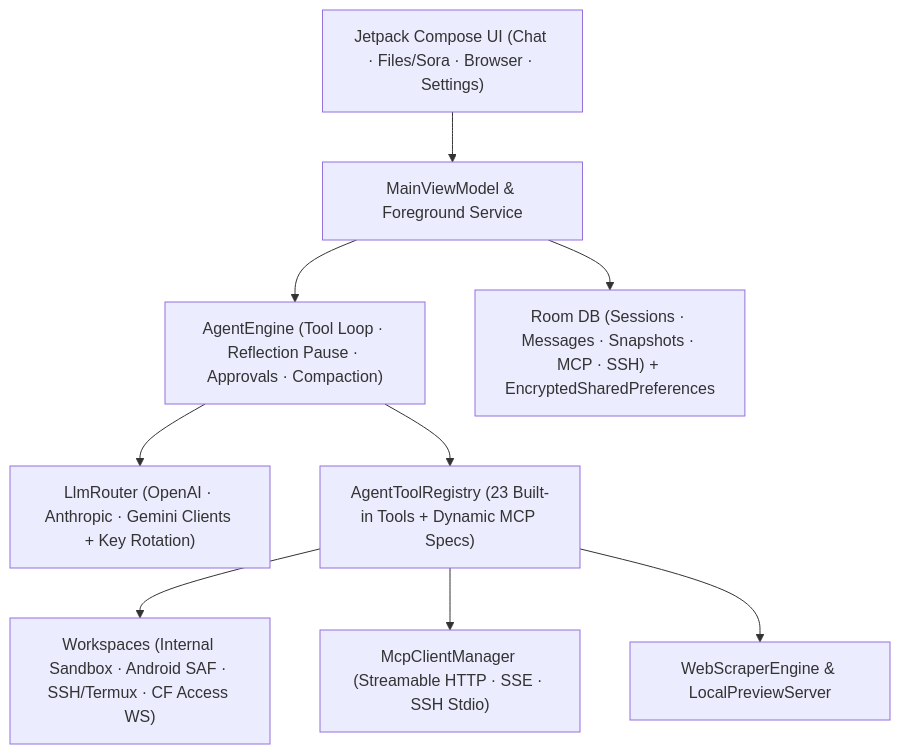
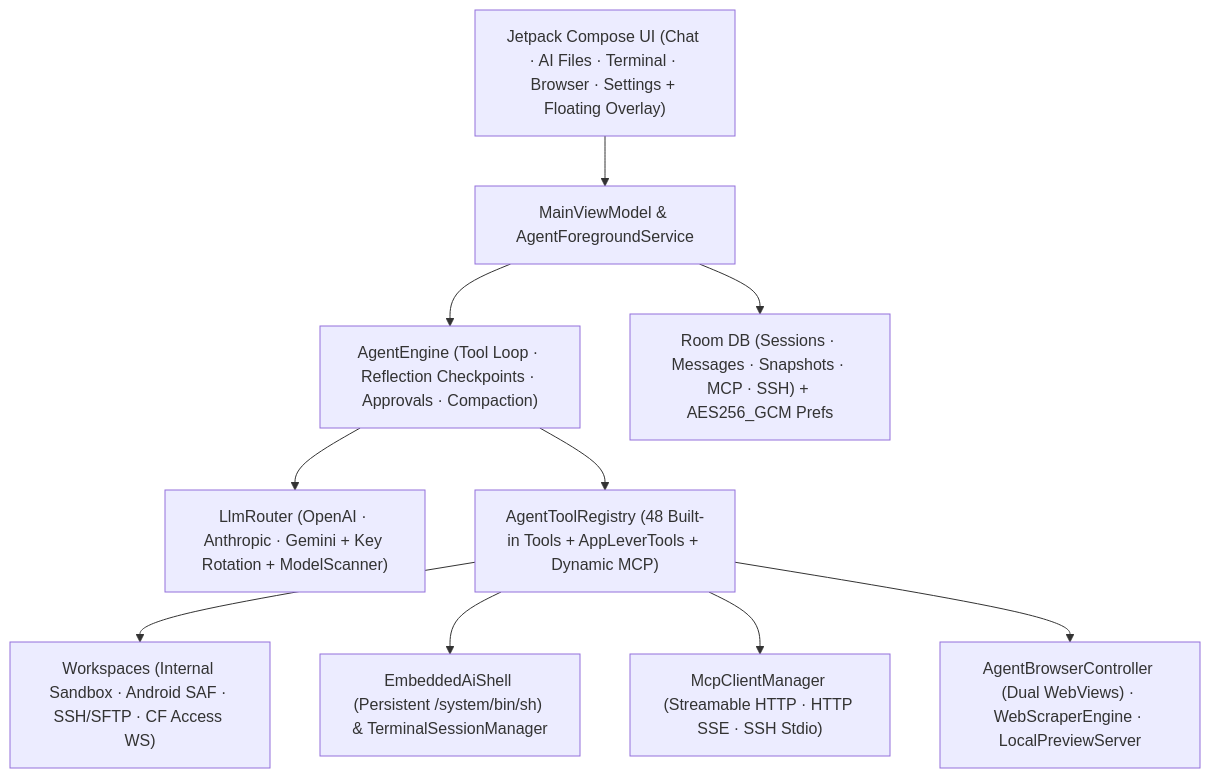
Before and after one commit to DIIIUA/ForgeMind: the diagram in README.md, drawn with Mermaid. The commit also changed other lines of this file and 86 other files, not shown here.

Commit message:
feat: add embedded AI shell, dual-mode terminal, in-app file viewer, Venice catalog scan, left overlay grip, and 14-language English-first localization

````diff
--- a/README.md
+++ b/README.md
@@ -107,11 +106,12 @@
 ```mermaid
 flowchart TB
-    UI["Jetpack Compose UI (Chat · Files/Sora · Browser · Settings)"] --> VM["MainViewModel & Foreground Service"]
-    VM --> AE["AgentEngine (Tool Loop · Reflection Pause · Approvals · Compaction)"]
-    AE --> LLM["LlmRouter (OpenAI · Anthropic · Gemini Clients + Key Rotation)"]
-    AE --> TOOLS["AgentToolRegistry (23 Built-in Tools + Dynamic MCP Specs)"]
-    TOOLS --> ENV["Workspaces (Internal Sandbox · Android SAF · SSH/Termux · CF Access WS)"]
-    TOOLS --> MCP["McpClientManager (Streamable HTTP · SSE · SSH Stdio)"]
-    TOOLS --> WEB["WebScraperEngine & LocalPreviewServer"]
-    VM --> DB["Room DB (Sessions · Messages · Snapshots · MCP · SSH) + EncryptedSharedPreferences"]
+    UI["Jetpack Compose UI (Chat · AI Files · Terminal · Browser · Settings + Floating Overlay)"] --> VM["MainViewModel & AgentForegroundService"]
+    VM --> AE["AgentEngine (Tool Loop · Reflection Checkpoints · Approvals · Compaction)"]
+    AE --> LLM["LlmRouter (OpenAI · Anthropic · Gemini + Key Rotation + ModelScanner)"]
+    AE --> TOOLS["AgentToolRegistry (48 Built-in Tools + AppLeverTools + Dynamic MCP)"]
+    TOOLS --> ENV["Workspaces (Internal Sandbox · Android SAF · SSH/SFTP · CF Access WS)"]
+    TOOLS --> SHELL["EmbeddedAiShell (Persistent /system/bin/sh) & TerminalSessionManager"]
+    TOOLS --> MCP["McpClientManager (Streamable HTTP · HTTP SSE · SSH Stdio)"]
+    TOOLS --> WEB["AgentBrowserController (Dual WebViews) · WebScraperEngine · LocalPreviewServer"]
+    VM --> DB["Room DB (Sessions · Messages · Snapshots · MCP · SSH) + AES256_GCM Prefs"]
 ```
````
